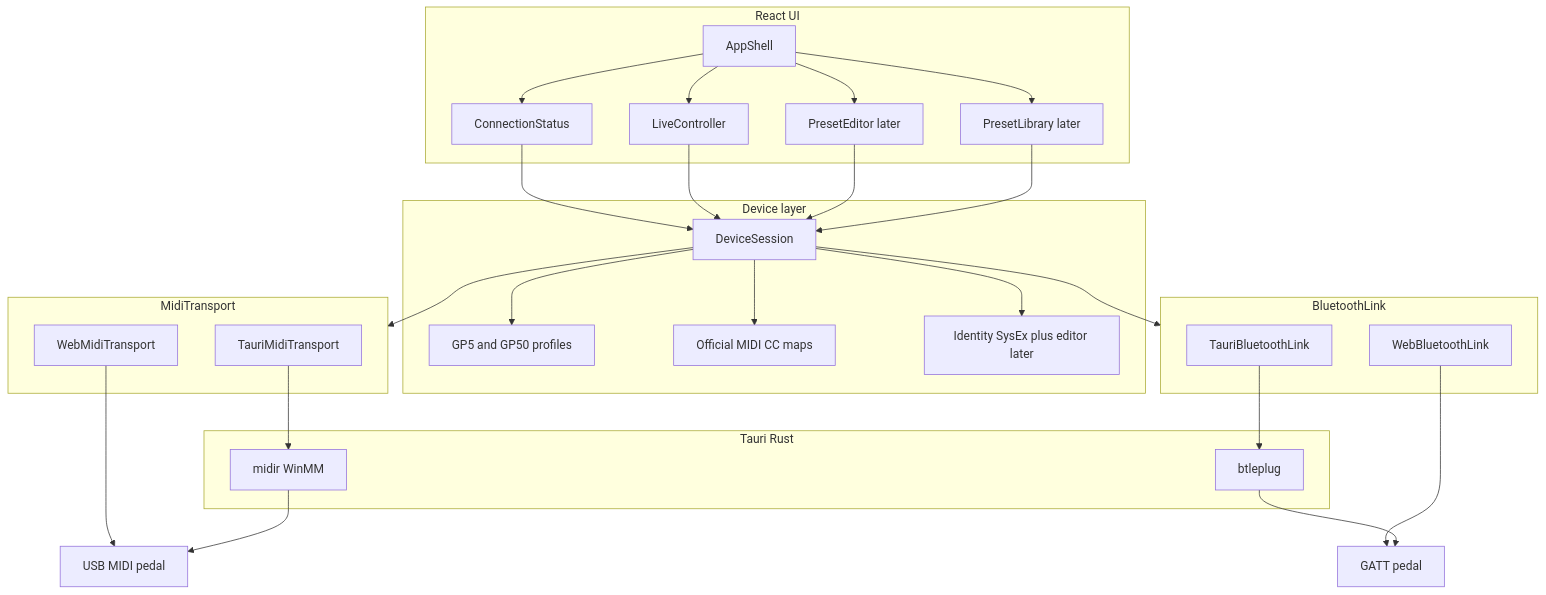
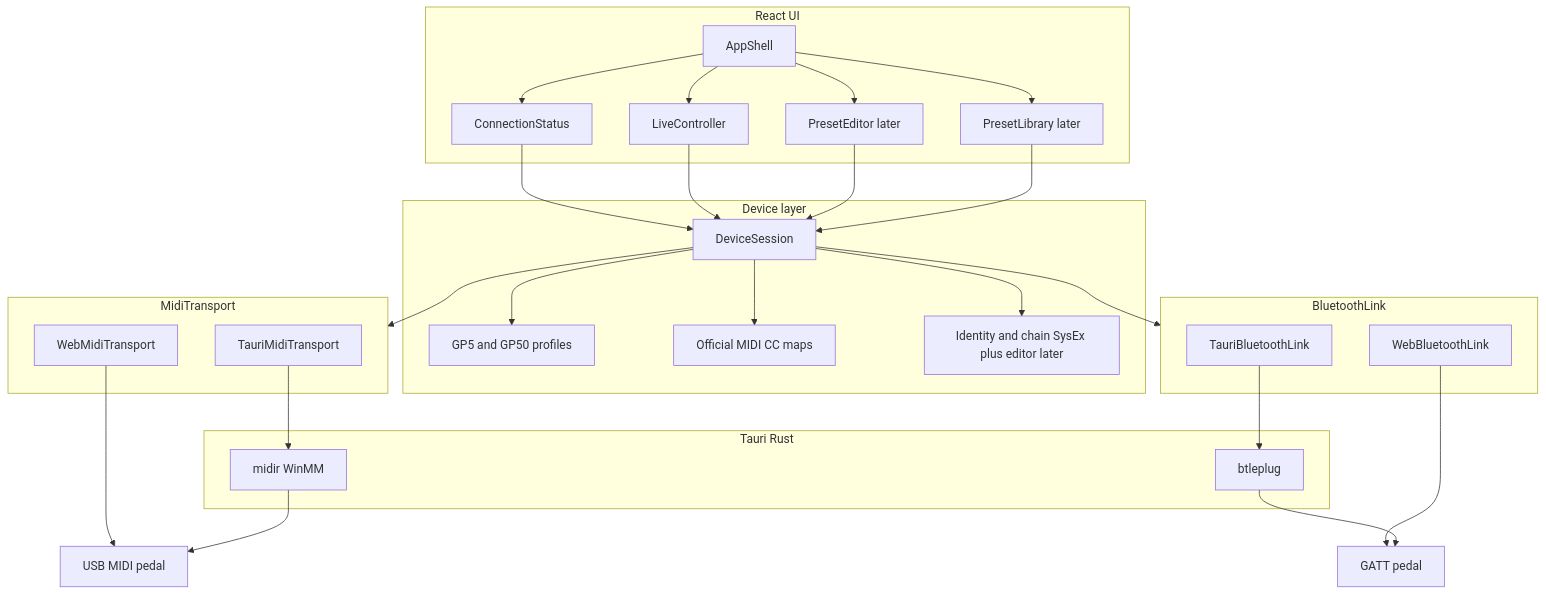
The diagram in docs/architecture.md (patocorrenti/gpstudio), drawn with Mermaid before and after one commit. The commit also changed other lines of this file and 16 other files, not shown here.

````diff
--- a/docs/architecture.md
+++ b/docs/architecture.md
@@ -29,52 +29,52 @@
 ```mermaid
 flowchart TB
   subgraph ui [React UI]
     Shell[AppShell]
     ConnectStatus[ConnectionStatus]
     Controller[LiveController]
     Editor[PresetEditor later]
     Library[PresetLibrary later]
   end
 
   subgraph domain [Device layer]
     Session[DeviceSession]
     Profiles[GP5 and GP50 profiles]
     CcMap[Official MIDI CC maps]
-    Sysex[Identity SysEx plus editor later]
+    Sysex[Identity and chain SysEx plus editor later]
   end
 
   subgraph transport [MidiTransport]
     WebMidi[WebMidiTransport]
     TauriMidi[TauriMidiTransport]
   end
 
   subgraph bluetooth [BluetoothLink]
     WebBle[WebBluetoothLink]
     TauriBle[TauriBluetoothLink]
   end
 
   subgraph native [Tauri Rust]
     Midir[midir WinMM]
     Btle[btleplug]
   end
 
   Shell --> ConnectStatus
   Shell --> Controller
   Shell --> Editor
   Shell --> Library
   ConnectStatus --> Session
   Controller --> Session
   Editor --> Session
   Library --> Session
   Session --> Profiles
   Session --> CcMap
   Session --> Sysex
   Session --> transport
   Session --> bluetooth
   WebMidi --> Pedal[USB MIDI pedal]
   TauriMidi --> Midir
   Midir --> Pedal
   WebBle --> BlePedal[GATT pedal]
   TauriBle --> Btle
   Btle --> BlePedal
 ```
````
